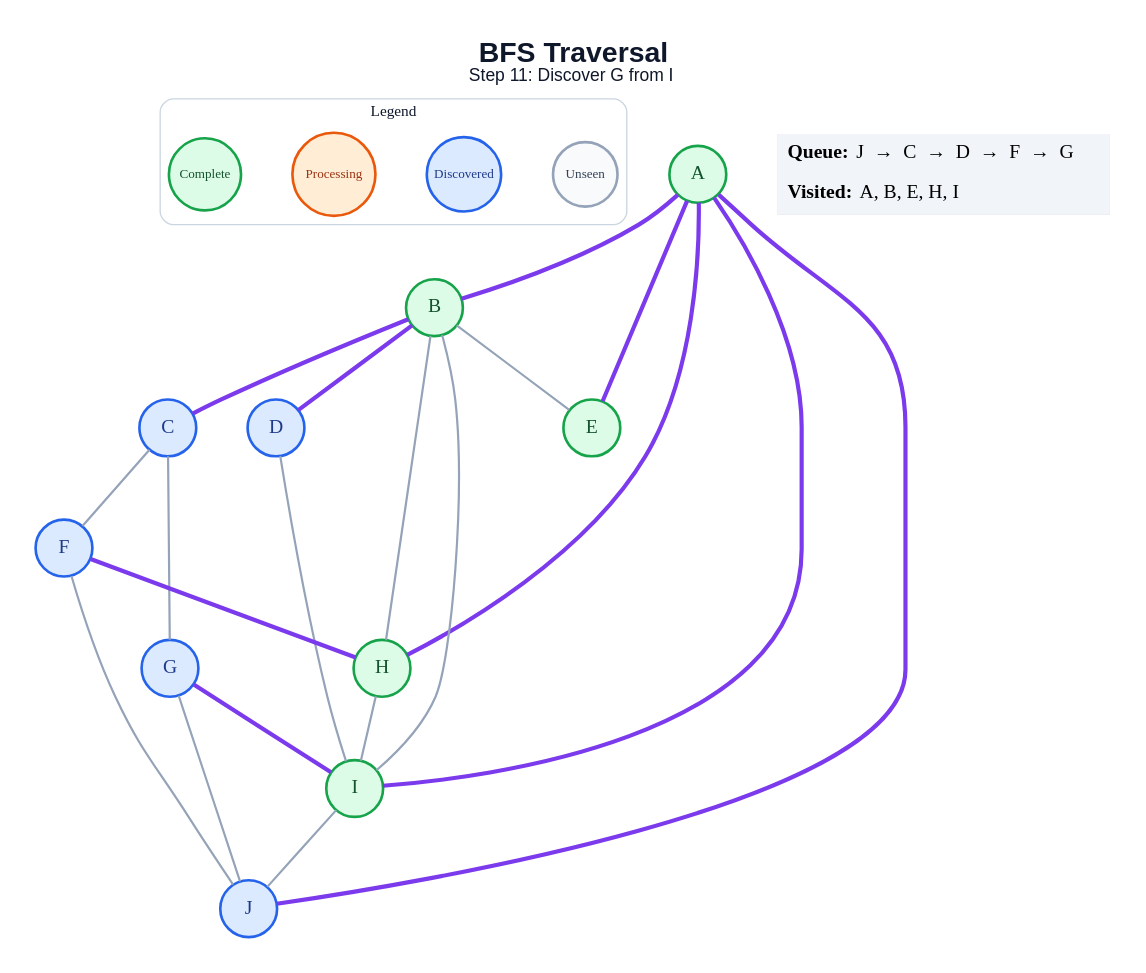
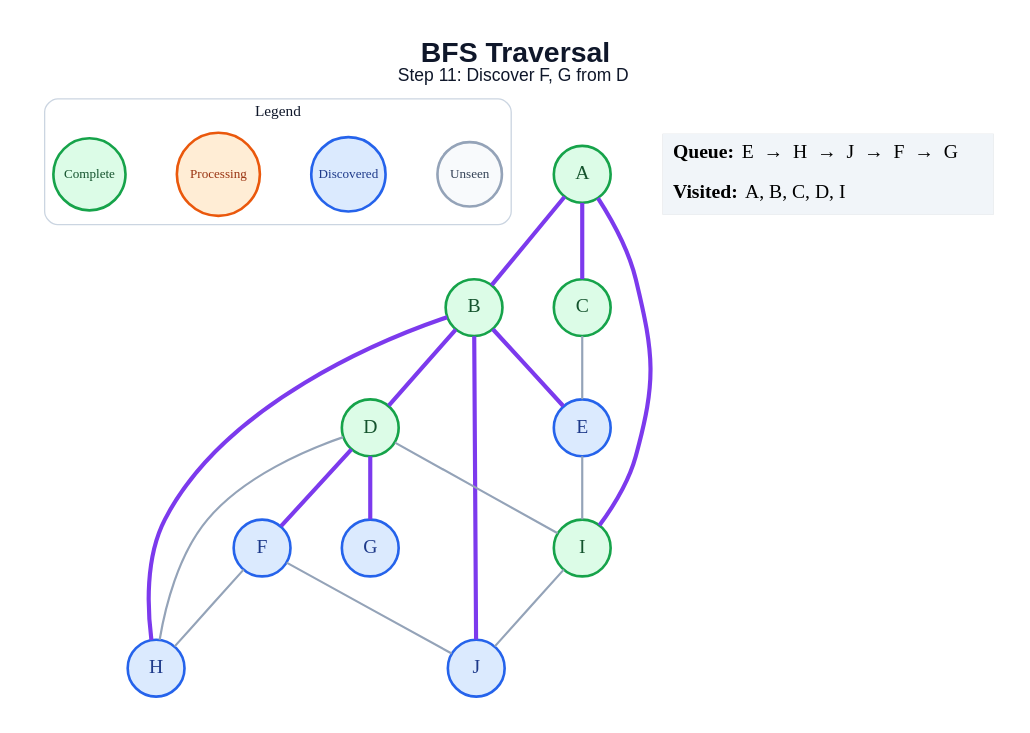
One commit to amanghodawala9/ai-slop changed the diagram in generated/bfs/step_11.dot. Above: the diagram before and after it, drawn with Graphviz. The commit also changed 178 other files, not shown here.

```diff
--- a/generated/bfs/step_11.dot
+++ b/generated/bfs/step_11.dot
@@ -1,48 +1,45 @@
 graph traversal {
   graph [layout=dot, rankdir=TB, bgcolor="#FFFFFF", pad="0.35", nodesep="0.65", ranksep="0.8", fontname="Arial"];
   node [shape=circle, style="filled", fontname="Arial Bold", fontsize=18, width=0.72, fixedsize=true, penwidth=2.4];
   edge [color="#94A3B8", penwidth=2.0];
-  label=<<B>BFS Traversal</B><BR/><FONT POINT-SIZE="16">Step 11: Discover G from I</FONT>>; labelloc="t"; fontsize=26; fontname="Arial"; fontcolor="#0F172A";
+  label=<<B>BFS Traversal</B><BR/><FONT POINT-SIZE="16">Step 11: Discover F, G from D</FONT>>; labelloc="t"; fontsize=26; fontname="Arial"; fontcolor="#0F172A";
   subgraph cluster_legend { label="Legend"; color="#CBD5E1"; penwidth=1.2; style="rounded"; fontsize=14; fontname="Arial Bold";
     key_unseen [label="Unseen", fillcolor="#F8FAFC", color="#94A3B8", fontcolor="#334155", fontsize=12, width=0.82];
     key_frontier [label="Discovered", fillcolor="#DBEAFE", color="#2563EB", fontcolor="#1E3A8A", fontsize=12, width=0.95];
     key_current [label="Processing", fillcolor="#FFEDD5", color="#EA580C", fontcolor="#9A3412", fontsize=12, width=1.05];
     key_done [label="Complete", fillcolor="#DCFCE7", color="#16A34A", fontcolor="#14532D", fontsize=12, width=0.92];
     { rank=same; key_unseen; key_frontier; key_current; key_done; }
   }
   A [fillcolor="#DCFCE7", color="#16A34A", fontcolor="#14532D"];
   B [fillcolor="#DCFCE7", color="#16A34A", fontcolor="#14532D"];
-  C [fillcolor="#DBEAFE", color="#2563EB", fontcolor="#1E3A8A"];
-  D [fillcolor="#DBEAFE", color="#2563EB", fontcolor="#1E3A8A"];
-  E [fillcolor="#DCFCE7", color="#16A34A", fontcolor="#14532D"];
+  C [fillcolor="#DCFCE7", color="#16A34A", fontcolor="#14532D"];
+  D [fillcolor="#DCFCE7", color="#16A34A", fontcolor="#14532D"];
+  E [fillcolor="#DBEAFE", color="#2563EB", fontcolor="#1E3A8A"];
   F [fillcolor="#DBEAFE", color="#2563EB", fontcolor="#1E3A8A"];
   G [fillcolor="#DBEAFE", color="#2563EB", fontcolor="#1E3A8A"];
-  H [fillcolor="#DCFCE7", color="#16A34A", fontcolor="#14532D"];
+  H [fillcolor="#DBEAFE", color="#2563EB", fontcolor="#1E3A8A"];
   I [fillcolor="#DCFCE7", color="#16A34A", fontcolor="#14532D"];
   J [fillcolor="#DBEAFE", color="#2563EB", fontcolor="#1E3A8A"];
   A -- B [color="#7C3AED", penwidth=3.8];
-  A -- E [color="#7C3AED", penwidth=3.8];
-  A -- H [color="#7C3AED", penwidth=3.8];
+  A -- C [color="#7C3AED", penwidth=3.8];
   A -- I [color="#7C3AED", penwidth=3.8];
-  A -- J [color="#7C3AED", penwidth=3.8];
-  B -- C [color="#7C3AED", penwidth=3.8];
   B -- D [color="#7C3AED", penwidth=3.8];
-  B -- E;
-  B -- H;
-  B -- I;
-  C -- F;
-  C -- G;
+  B -- E [color="#7C3AED", penwidth=3.8];
+  B -- H [color="#7C3AED", penwidth=3.8];
+  B -- J [color="#7C3AED", penwidth=3.8];
+  C -- E;
+  D -- F [color="#7C3AED", penwidth=3.8];
+  D -- G [color="#7C3AED", penwidth=3.8];
+  D -- H;
   D -- I;
-  F -- H [color="#7C3AED", penwidth=3.8];
+  E -- I;
+  F -- H;
   F -- J;
-  G -- I [color="#7C3AED", penwidth=3.8];
-  G -- J;
-  H -- I;
   I -- J;
   status [shape=plain, fixedsize=false, width=0, height=0, margin=0, label=<
     <TABLE BORDER="0" CELLBORDER="0" CELLPADDING="7" BGCOLOR="#F1F5F9">
-      <TR><TD ALIGN="LEFT"><B>Queue:</B> J  →  C  →  D  →  F  →  G</TD></TR>
-      <TR><TD ALIGN="LEFT"><B>Visited:</B> A, B, E, H, I</TD></TR>
+      <TR><TD ALIGN="LEFT"><B>Queue:</B> E  →  H  →  J  →  F  →  G</TD></TR>
+      <TR><TD ALIGN="LEFT"><B>Visited:</B> A, B, C, D, I</TD></TR>
     </TABLE>
   >];
 }
```
